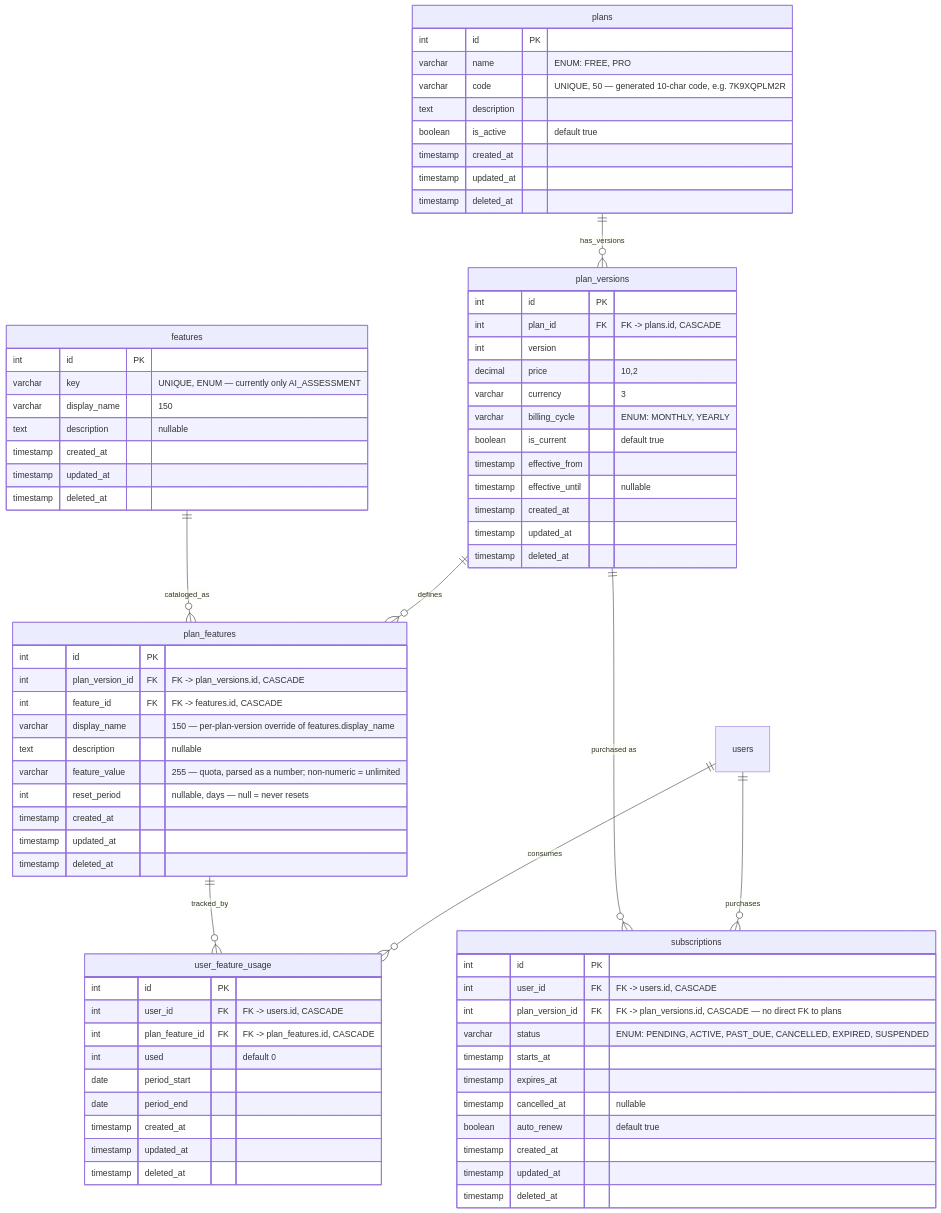
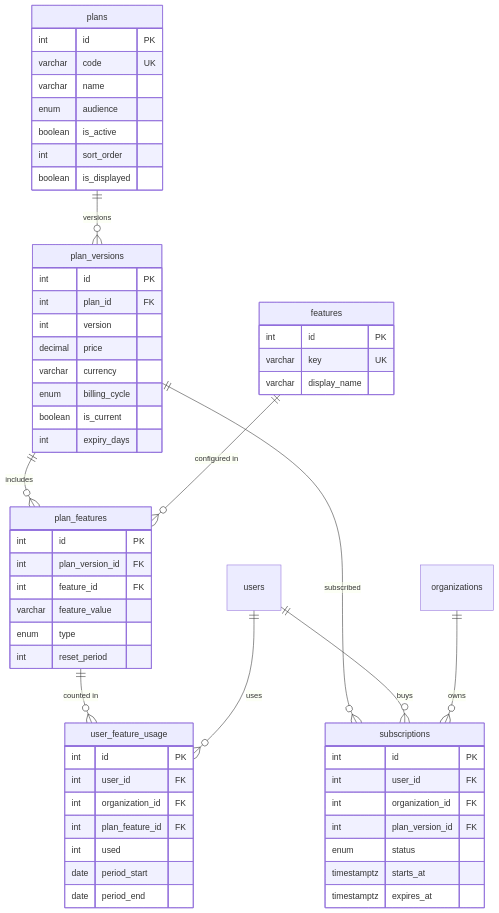
The tenth of 14 diagrams in docs/erd.md (sharma-dikshant/TestFlow-Docs), drawn with Mermaid before and after one commit. The commit also changed other lines of this file and 26 other files, not shown here.

````diff
--- a/docs/erd.md
+++ b/docs/erd.md
@@ -285,86 +1041,61 @@
 ```mermaid
 erDiagram
-
     plans {
         int id PK
-        varchar name "ENUM: FREE, PRO"
-        varchar code "UNIQUE, 50 — generated 10-char code, e.g. 7K9XQPLM2R"
-        text description
-        boolean is_active "default true"
-        timestamp created_at
-        timestamp updated_at
-        timestamp deleted_at
+        varchar code UK
+        varchar name
+        enum audience
+        boolean is_active
+        int sort_order
+        boolean is_displayed
     }
-
     plan_versions {
         int id PK
-        int plan_id FK "FK -> plans.id, CASCADE"
+        int plan_id FK
         int version
-        decimal price "10,2"
-        varchar currency "3"
-        varchar billing_cycle "ENUM: MONTHLY, YEARLY"
-        boolean is_current "default true"
-        timestamp effective_from
-        timestamp effective_until "nullable"
-        timestamp created_at
-        timestamp updated_at
-        timestamp deleted_at
+        decimal price
+        varchar currency
+        enum billing_cycle
+        boolean is_current
+        int expiry_days
     }
-
     features {
         int id PK
-        varchar key "UNIQUE, ENUM — currently only AI_ASSESSMENT"
-        varchar display_name "150"
-        text description "nullable"
-        timestamp created_at
-        timestamp updated_at
-        timestamp deleted_at
+        varchar key UK
+        varchar display_name
     }
-
     plan_features {
         int id PK
-        int plan_version_id FK "FK -> plan_versions.id, CASCADE"
-        int feature_id FK "FK -> features.id, CASCADE"
-        varchar display_name "150 — per-plan-version override of features.display_name"
-        text description "nullable"
-        varchar feature_value "255 — quota, parsed as a number; non-numeric = unlimited"
-        int reset_period "nullable, days — null = never resets"
-        timestamp created_at
-        timestamp updated_at
-        timestamp deleted_at
+        int plan_version_id FK
+        int feature_id FK
+        varchar feature_value
+        enum type
+        int reset_period
     }
-
     subscriptions {
         int id PK
-        int user_id FK "FK -> users.id, CASCADE"
-        int plan_version_id FK "FK -> plan_versions.id, CASCADE — no direct FK to plans"
-        varchar status "ENUM: PENDING, ACTIVE, PAST_DUE, CANCELLED, EXPIRED, SUSPENDED"
-        timestamp starts_at
-        timestamp expires_at
-        timestamp cancelled_at "nullable"
-        boolean auto_renew "default true"
-        timestamp created_at
-        timestamp updated_at
-        timestamp deleted_at
+        int user_id FK
+        int organization_id FK
+        int plan_version_id FK
+        enum status
+        timestamptz starts_at
+        timestamptz expires_at
     }
-
     user_feature_usage {
         int id PK
-        int user_id FK "FK -> users.id, CASCADE"
-        int plan_feature_id FK "FK -> plan_features.id, CASCADE"
-        int used "default 0"
+        int user_id FK
+        int organization_id FK
+        int plan_feature_id FK
+        int used
         date period_start
         date period_end
-        timestamp created_at
-        timestamp updated_at
-        timestamp deleted_at
     }
-
-    users ||--o{ subscriptions : purchases
-    users ||--o{ user_feature_usage : consumes
-    plans ||--o{ plan_versions : has_versions
-    plan_versions ||--o{ plan_features : defines
-    plan_versions ||--o{ subscriptions : "purchased as"
-    features ||--o{ plan_features : cataloged_as
-    plan_features ||--o{ user_feature_usage : tracked_by
+    plans ||--o{ plan_versions : "versions"
+    plan_versions ||--o{ plan_features : "includes"
+    features ||--o{ plan_features : "configured in"
+    plan_versions ||--o{ subscriptions : "subscribed"
+    users ||--o{ subscriptions : "buys"
+    organizations ||--o{ subscriptions : "owns"
+    plan_features ||--o{ user_feature_usage : "counted in"
+    users ||--o{ user_feature_usage : "uses"
 ```
````
